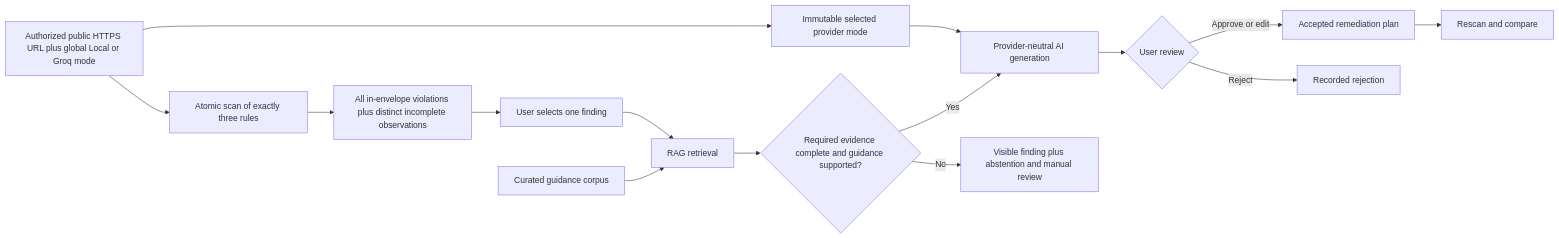
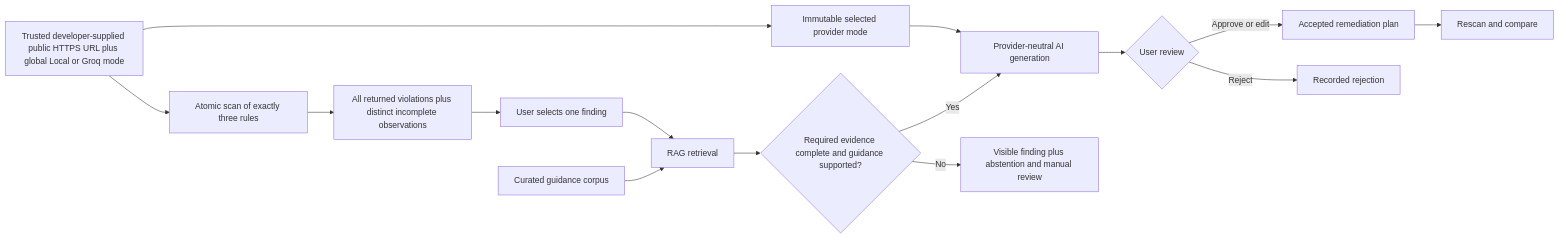
Before and after one commit to mmjosedaniel/a11y-evidence-lab: the diagram in docs/PROJECT_CONCEPT.md, drawn with Mermaid. The commit also changed other lines of this file and 47 other files, not shown here.

Commit message:
docs: refine trusted operator scan boundary

````diff
--- a/docs/PROJECT_CONCEPT.md
+++ b/docs/PROJECT_CONCEPT.md
@@ -19,17 +19,17 @@
 ```mermaid
 flowchart LR
-    A[Authorized public HTTPS URL plus global Local or Groq mode] --> B[Atomic scan of exactly three rules]
-    B --> C[All in-envelope violations plus distinct incomplete observations]
+    A[Trusted developer-supplied public HTTPS URL plus global Local or Groq mode] --> B[Atomic scan of exactly three rules]
+    B --> C[All returned violations plus distinct incomplete observations]
     C --> O[User selects one finding]
     D[Curated guidance corpus] --> E[RAG retrieval]
     O --> E
     E --> M{Required evidence complete and guidance supported?}
     M -->|Yes| F[Provider-neutral AI generation]
     M -->|No| N[Visible finding plus abstention and manual review]
     A --> P[Immutable selected provider mode]
     P --> F
     F --> G{User review}
     G -->|Approve or edit| H[Accepted remediation plan]
     G -->|Reject| I[Recorded rejection]
     H --> J[Rescan and compare]
 ```
````
